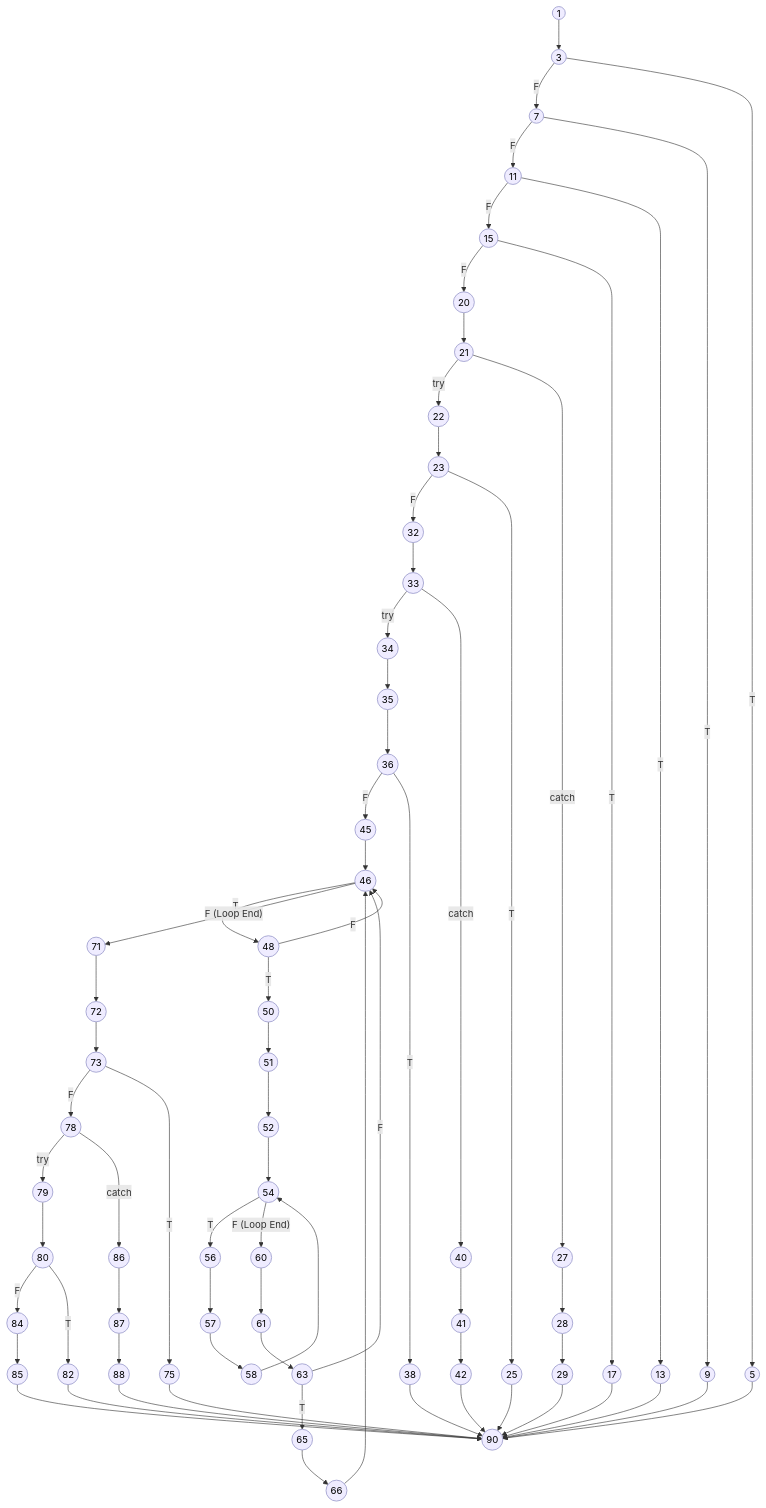
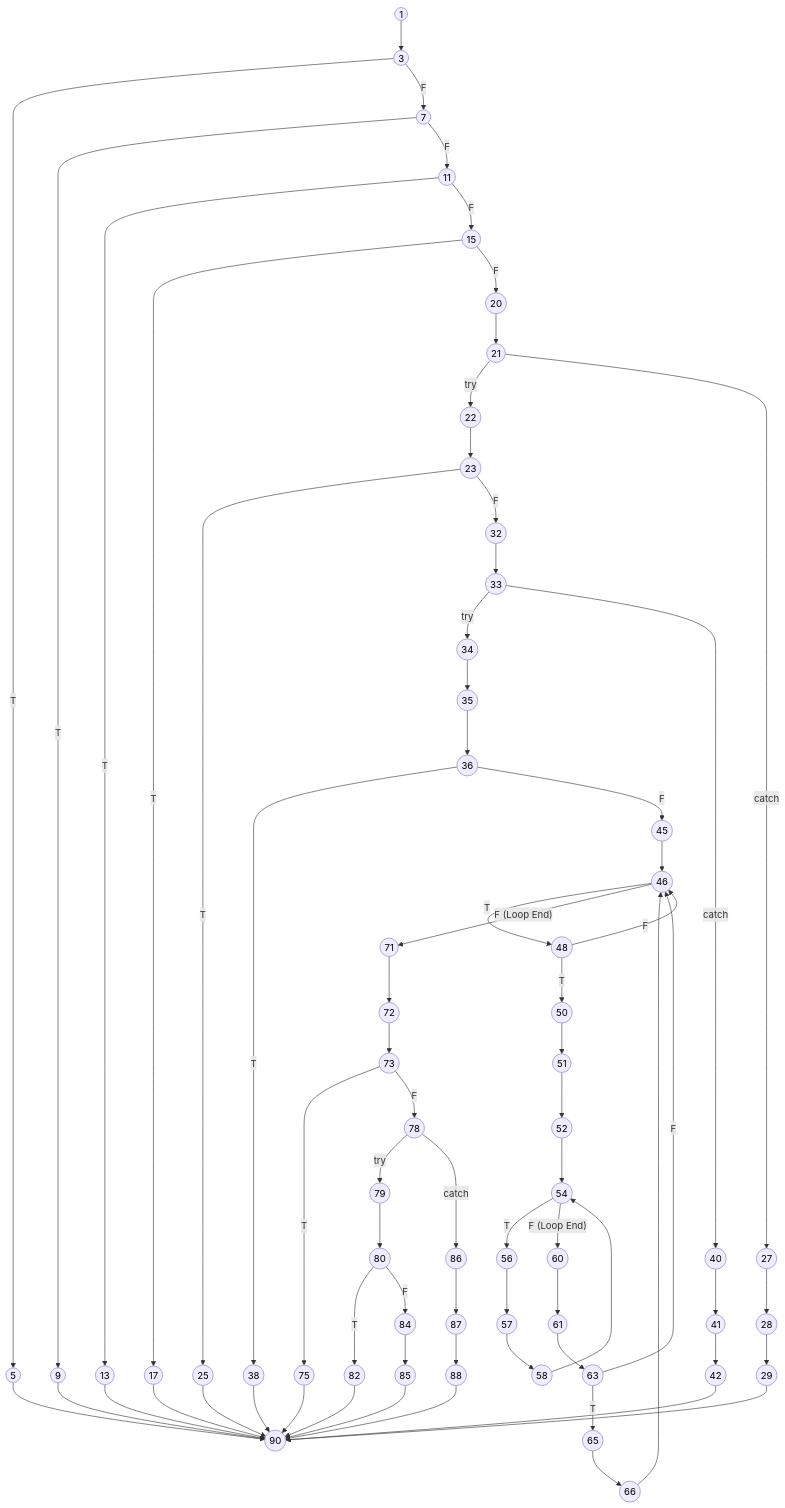
One commit to aryanhrc3428/Semester-5 changed the diagram in SE/ideathon/pseudocode/flowcharts/UC-02.mmd. Above: the diagram before and after it, drawn with Mermaid. The commit also changed 38 other files, not shown here.

Commit message:
psuedocode and flowgraphs

```diff
--- a/SE/ideathon/pseudocode/flowcharts/UC-02.mmd
+++ b/SE/ideathon/pseudocode/flowcharts/UC-02.mmd
@@ -1,97 +1,109 @@
 graph TD
     %% Base styling matching the reference CFG style
     classDef default fill:#efecff,stroke:#a3a3d1,stroke-width:1.5px,color:#000;
     
     1((1)) --> 3((3))
     
+    3 -- T --> 5((5))
     3 -- F --> 7((7))
-    3 -- T --> 5((5))
     
+    7 -- T --> 9((9))
     7 -- F --> 11((11))
-    7 -- T --> 9((9))
     
+    11 -- T --> 13((13))
     11 -- F --> 15((15))
-    11 -- T --> 13((13))
     
+    15 -- T --> 17((17))
     15 -- F --> 20((20))
+    
     20 --> 21((21))
-    15 -- T --> 17((17))
     
     21 -- try --> 22((22))
-    22 --> 23((23))
     21 -- catch --> 27((27))
     
+    22 --> 23((23))
+    
+    23 -- T --> 25((25))
     23 -- F --> 32((32))
-    32 --> 33((33))
-    23 -- T --> 25((25))
     
     27 --> 28((28))
     28 --> 29((29))
     
+    32 --> 33((33))
+    
     33 -- try --> 34((34))
+    33 -- catch --> 40((40))
+    
     34 --> 35((35))
     35 --> 36((36))
-    33 -- catch --> 40((40))
     
+    36 -- T --> 38((38))
     36 -- F --> 45((45))
-    45 --> 46((46))
-    36 -- T --> 38((38))
     
     40 --> 41((41))
     41 --> 42((42))
     
+    45 --> 46((46))
+    
+    %% Outer Loop: candidate_entries
     46 -- T --> 48((48))
     46 -- F (Loop End) --> 71((71))
     
     48 -- T --> 50((50))
+    48 -- F --> 46
+    
     50 --> 51((51))
     51 --> 52((52))
     52 --> 54((54))
-    48 -- F --> 46
     
+    %% Inner Loop: Cosine Similarity Array Iteration
     54 -- T --> 56((56))
     54 -- F (Loop End) --> 60((60))
     
     56 --> 57((57))
     57 --> 58((58))
     58 --> 54
     
     60 --> 61((61))
     61 --> 63((63))
     
     63 -- T --> 65((65))
-    65 --> 66((66))
     63 -- F --> 46
     
+    65 --> 66((66))
     66 --> 46
     
+    %% Evaluate Threshold and Top K
     71 --> 72((72))
     72 --> 73((73))
     
+    73 -- T --> 75((75))
     73 -- F --> 78((78))
-    73 -- T --> 75((75))
     
+    %% Generate Grounded AI Response
     78 -- try --> 79((79))
-    79 --> 80((80))
     78 -- catch --> 86((86))
     
+    79 --> 80((80))
+    
+    80 -- T --> 82((82))
     80 -- F --> 84((84))
-    80 -- T --> 82((82))
     
     84 --> 85((85))
+    
     86 --> 87((87))
     87 --> 88((88))
     
-    
+    %% Terminal error returns and catches syncing to the final end node (90)
     5 --> 90((90))
     9 --> 90
     13 --> 90
     17 --> 90
     25 --> 90
     29 --> 90
     38 --> 90
     42 --> 90
     75 --> 90
     82 --> 90
     85 --> 90
     88 --> 90
```
